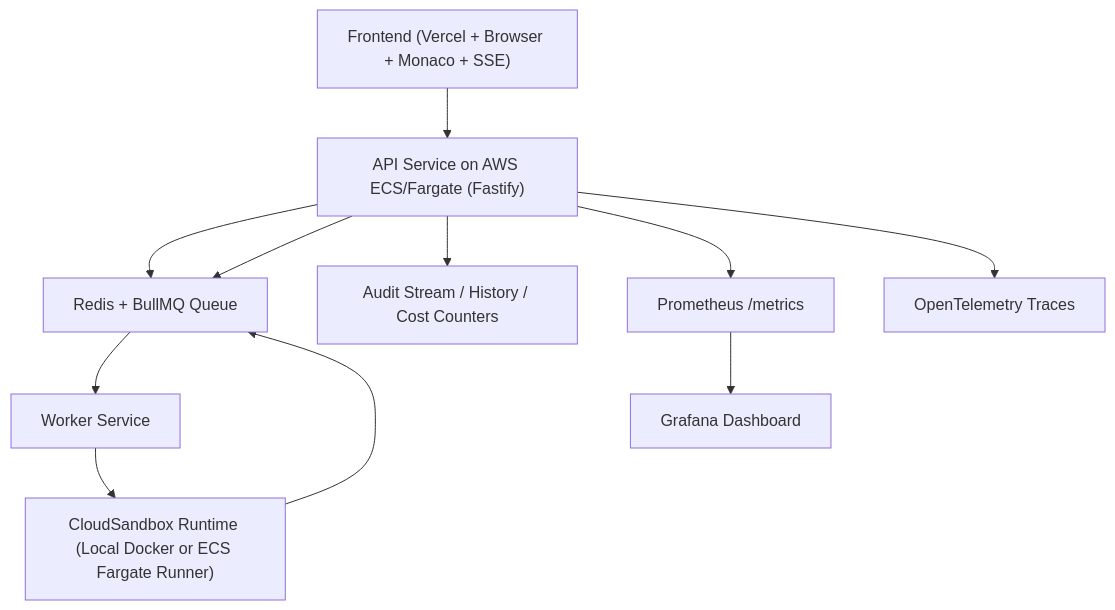
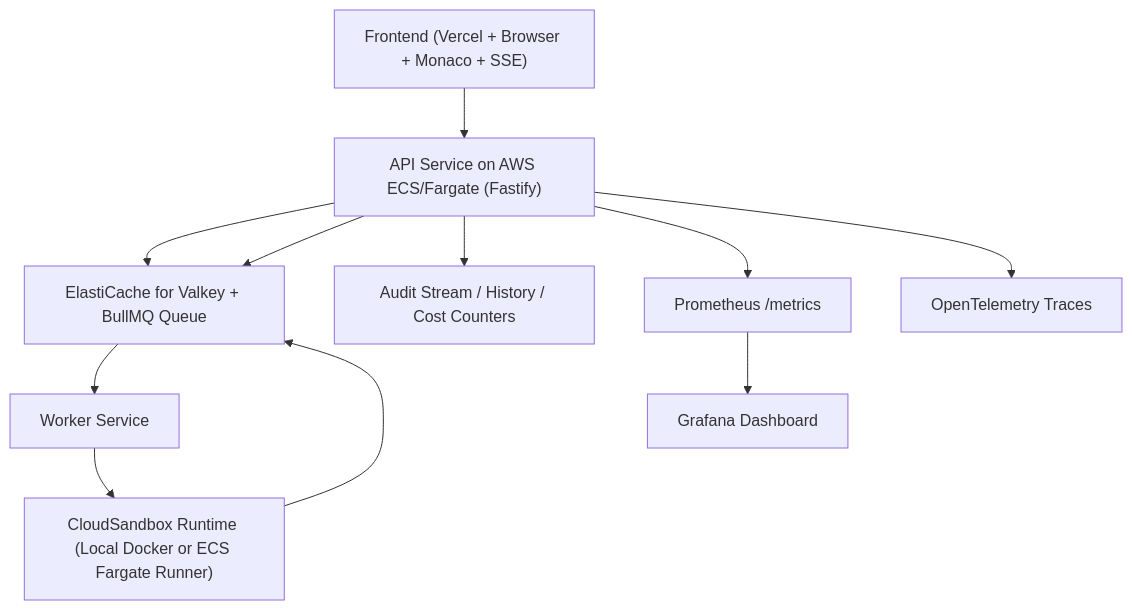
The diagram in docs/architecture.md (MohammedVep/cloud-code-execution-engine), drawn with Mermaid before and after one commit. The commit also changed 3 other files, not shown here.

Commit message:
Upgrade ElastiCache datastore to Valkey 9.1

````diff
--- a/docs/architecture.md
+++ b/docs/architecture.md
@@ -9,13 +9,13 @@
 ```mermaid
 flowchart TD
   A["Frontend (Vercel + Browser + Monaco + SSE)"] --> B["API Service on AWS ECS/Fargate (Fastify)"]
-  B --> C["Redis + BullMQ Queue"]
+  B --> C["ElastiCache for Valkey + BullMQ Queue"]
   C --> D["Worker Service"]
   D --> E["CloudSandbox Runtime (Local Docker or ECS Fargate Runner)"]
   E --> C
   B --> C
   B --> F["Audit Stream / History / Cost Counters"]
   B --> G["Prometheus /metrics"]
   B --> H["OpenTelemetry Traces"]
   G --> I["Grafana Dashboard"]
 ```
````
